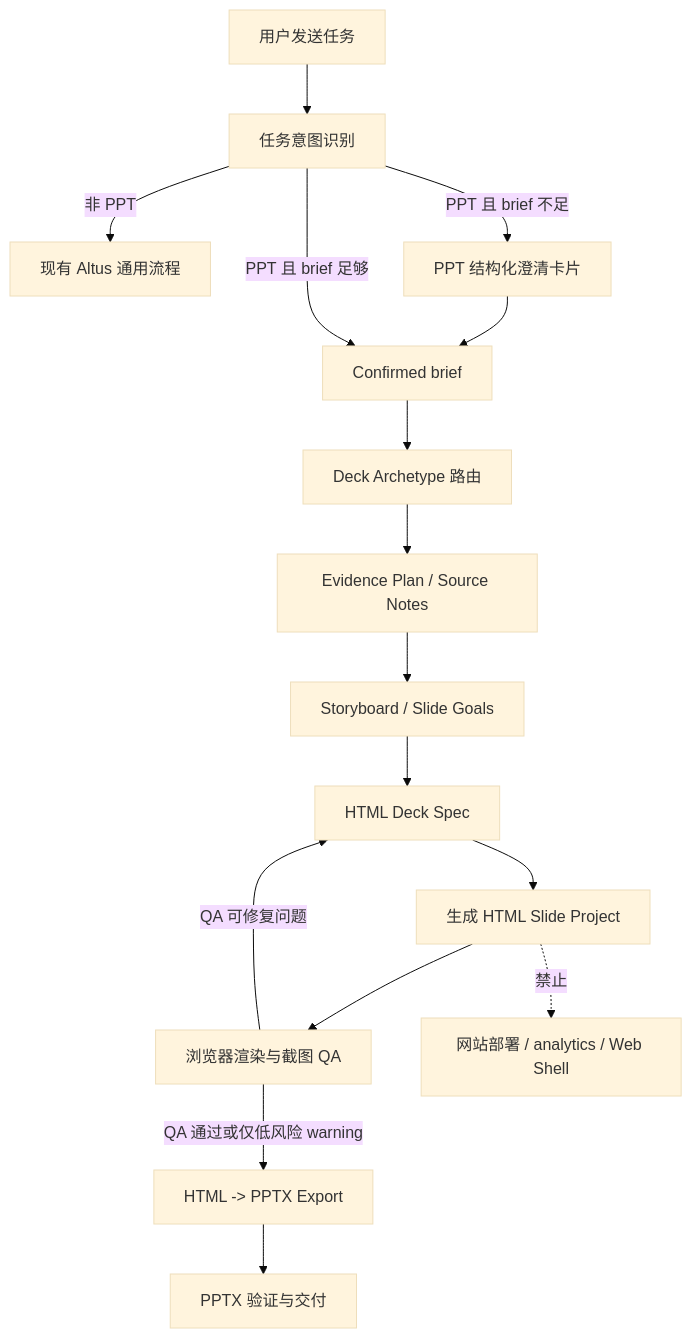
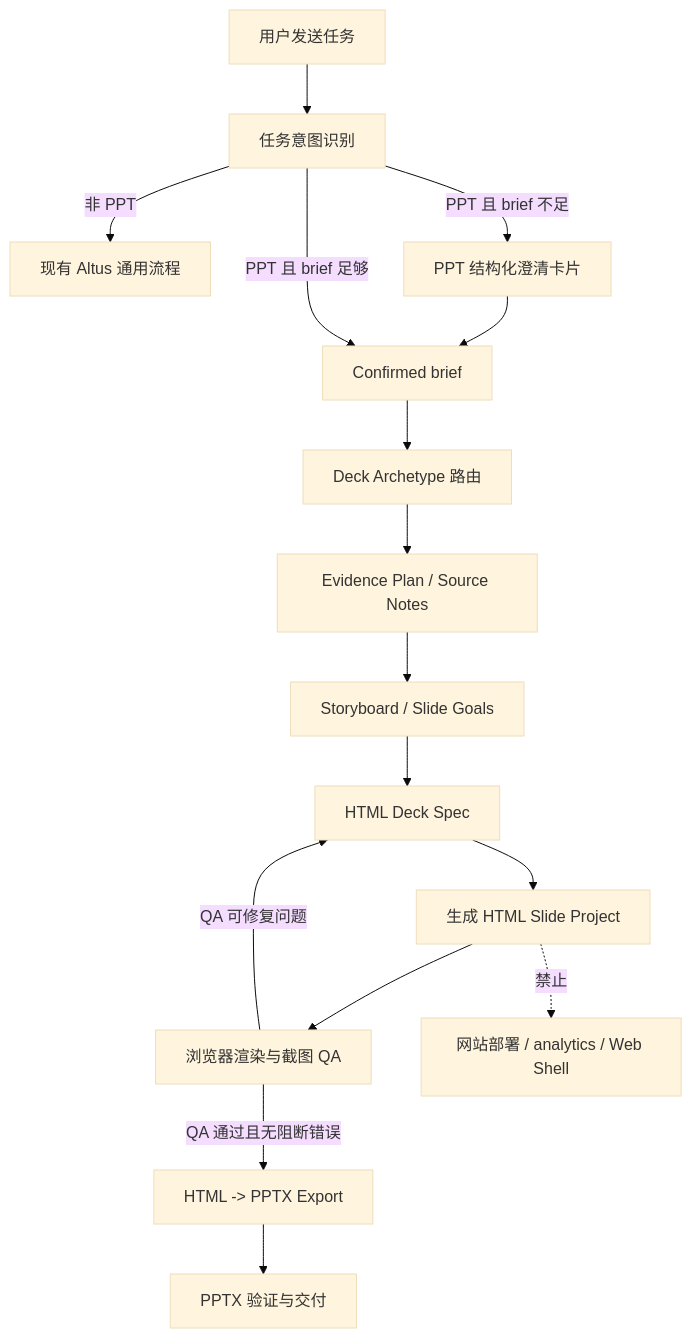
Before and after one commit to april-jk/oneceo: the first of 3 diagrams in docs/agent研发文档/20260527_PPT_HTML中间形态导出PPT方案_[20260527-1046已采用].md, drawn with Mermaid (base theme). The commit also changed other lines of this file and 23 other files, not shown here.

````diff
--- a/docs/agent研发文档/20260527_PPT_HTML中间形态导出PPT方案_[20260527-1046已采用].md
+++ b/docs/agent研发文档/20260527_PPT_HTML中间形态导出PPT方案_[20260527-1046已采用].md
@@ -99,18 +99,18 @@
 ```mermaid
 flowchart TD
   A["用户发送任务"] --> B["任务意图识别"]
   B -->|非 PPT| C["现有 Altus 通用流程"]
   B -->|PPT 且 brief 不足| D["PPT 结构化澄清卡片"]
   D --> E["Confirmed brief"]
   B -->|PPT 且 brief 足够| E
   E --> F["Deck Archetype 路由"]
   F --> G["Evidence Plan / Source Notes"]
   G --> H["Storyboard / Slide Goals"]
   H --> I["HTML Deck Spec"]
   I --> J["生成 HTML Slide Project"]
   J --> K["浏览器渲染与截图 QA"]
   K -->|QA 可修复问题| I
-  K -->|QA 通过或仅低风险 warning| L["HTML -> PPTX Export"]
+  K -->|QA 通过且无阻断错误| L["HTML -> PPTX Export"]
   L --> M["PPTX 验证与交付"]
   J -.禁止.-> N["网站部署 / analytics / Web Shell"]
 ```
````
